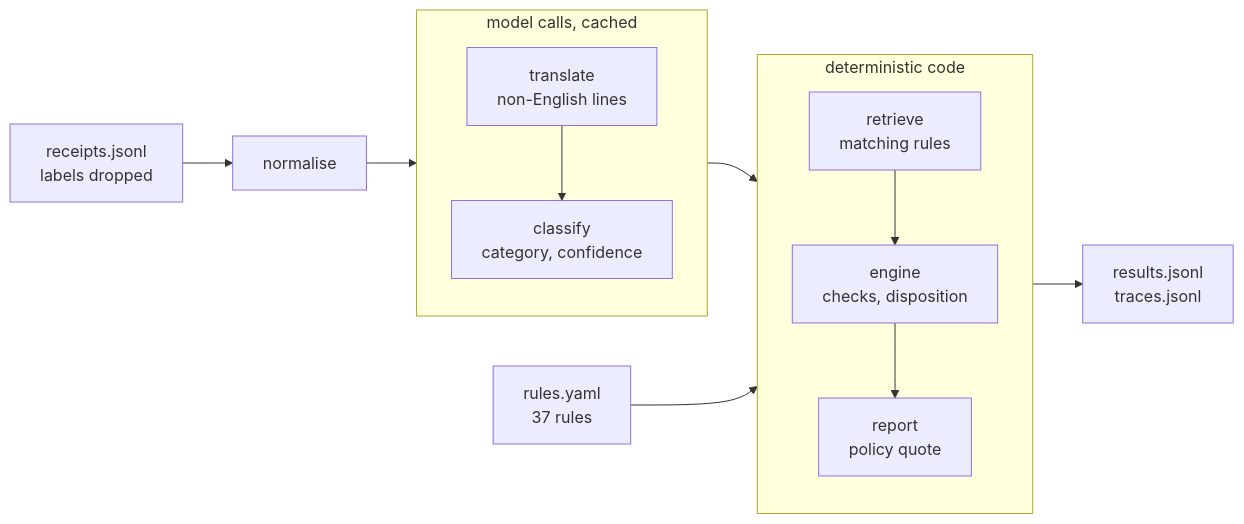
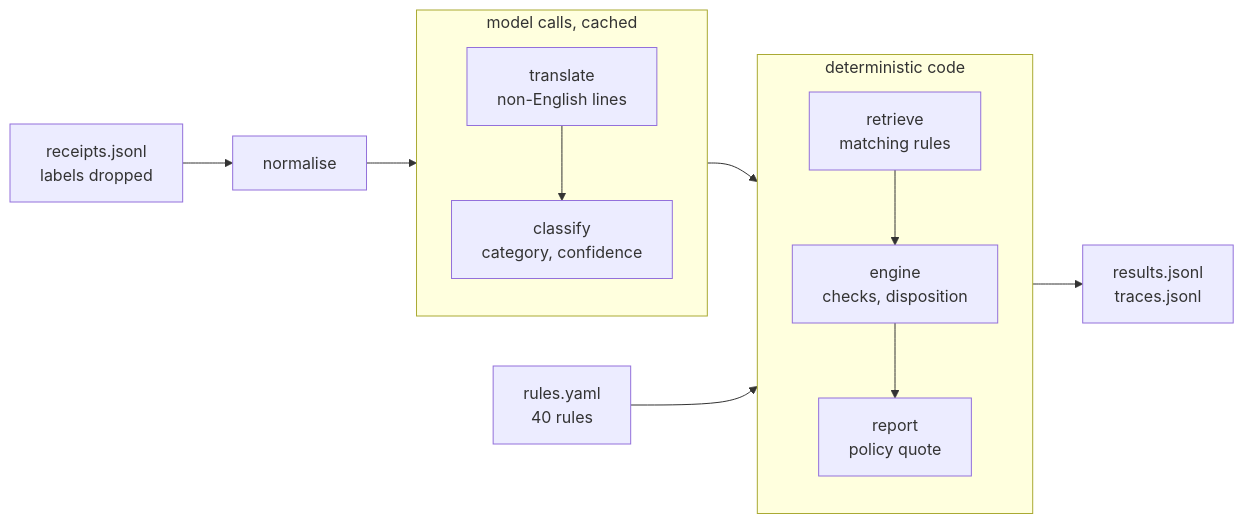
Before and after one commit to laasyaaprasad/expense-policy-validator: the diagram in README.md, drawn with Mermaid. The commit also changed other lines of this file and 30 other files, not shown here.

````diff
--- a/README.md
+++ b/README.md
@@ -11,15 +11,15 @@
 ```mermaid
 flowchart LR
     receipts["receipts.jsonl<br/>labels dropped"] --> normalise --> M
     subgraph M ["model calls, cached"]
         direction TB
         translate["translate<br/>non-English lines"] --> classify["classify<br/>category, confidence"]
     end
     M --> C
     subgraph C ["deterministic code"]
         direction TB
         retrieve["retrieve<br/>matching rules"] --> engine["engine<br/>checks, disposition"] --> report["report<br/>policy quote"]
     end
-    rules["rules.yaml<br/>37 rules"] --> C
+    rules["rules.yaml<br/>40 rules"] --> C
     C --> out["results.jsonl<br/>traces.jsonl"]
 ```
````
